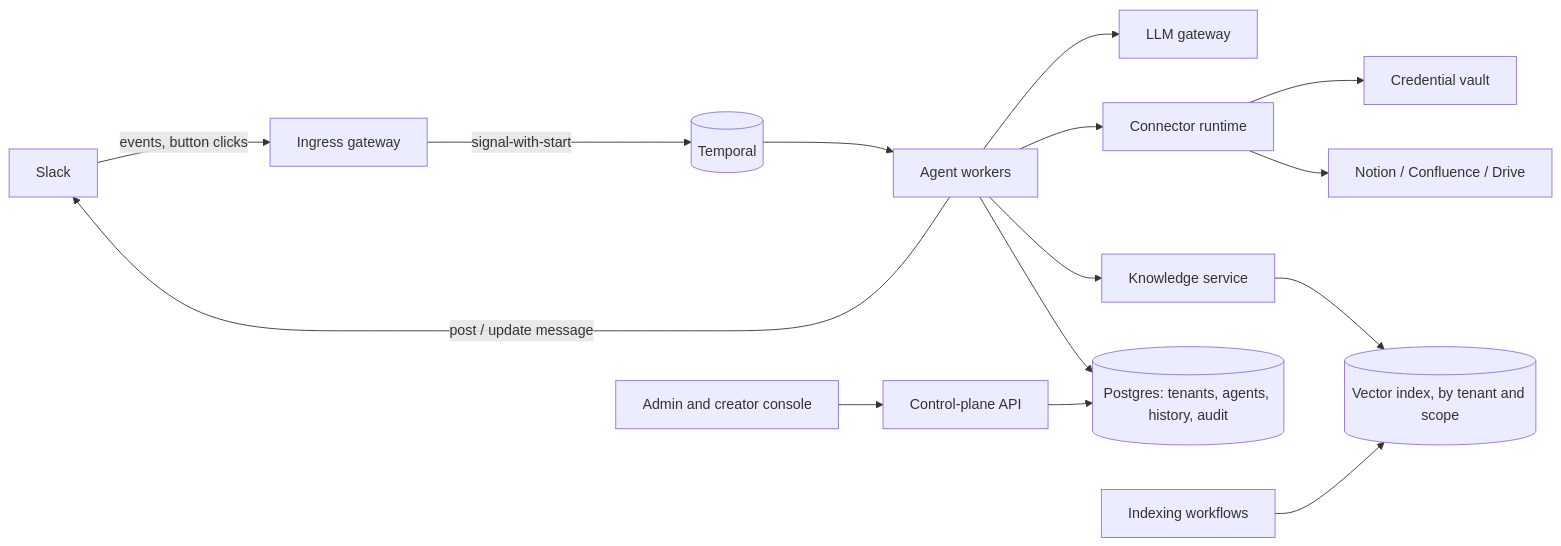
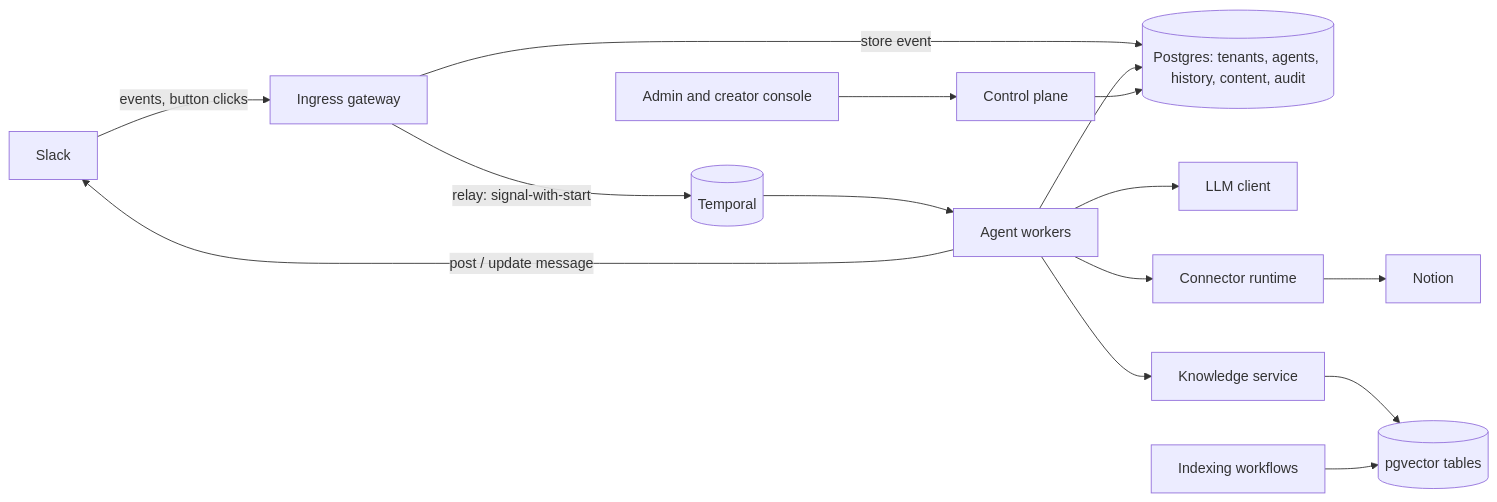
Before and after one commit to itsbryanlai/agent-architecture: the first of 2 diagrams in docs/architecture.md, drawn with Mermaid. The commit also changed other lines of this file and 7 other files, not shown here.

Commit message:
docs: a short README, an operations guide, a status ledger, a module map, and architecture that marks what is built

````diff
--- a/docs/architecture.md
+++ b/docs/architecture.md
@@ -9,16 +13,16 @@
 ```mermaid
 flowchart LR
   Slack[Slack] -->|events, button clicks| GW[Ingress gateway]
-  GW -->|signal-with-start| T[(Temporal)]
+  GW -->|store event| DB
+  GW -->|relay: signal-with-start| T[(Temporal)]
   T --> W[Agent workers]
-  W --> LLM[LLM gateway]
+  W --> LLM[LLM client]
   W --> CX[Connector runtime]
-  CX --> V[Credential vault]
-  CX --> SaaS[Notion / Confluence / Drive]
+  CX --> SaaS[Notion]
   W --> KB[Knowledge service]
-  KB --> VDB[(Vector index, by tenant and scope)]
-  W --> DB[(Postgres: tenants, agents, history, audit)]
+  KB --> VDB[(pgvector tables)]
+  W --> DB[(Postgres: tenants, agents, history, content, audit)]
   W -->|post / update message| Slack
-  Admin[Admin and creator console] --> API[Control-plane API] --> DB
+  Admin[Admin and creator console] --> API[Control plane] --> DB
   Sync[Indexing workflows] --> VDB
 ```
````
